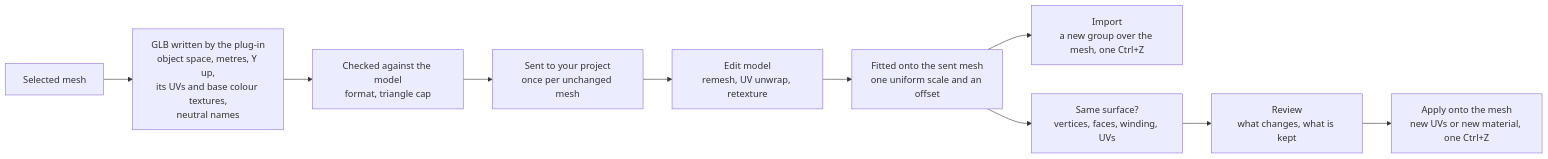
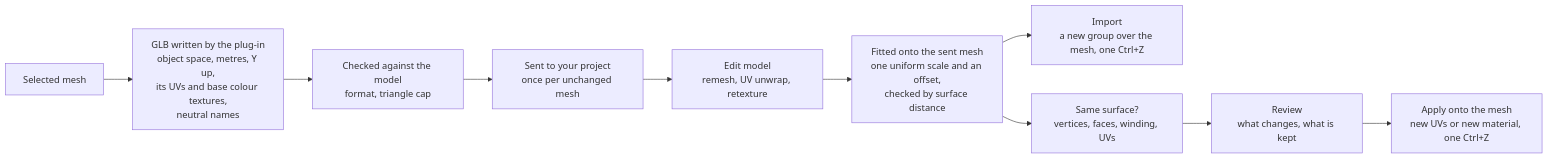
One commit to scenario-labs/maya-plugin changed the first of 3 diagrams in README.md. Above: the diagram before and after it, drawn with Mermaid. The commit also changed other lines of this file and 7 other files, not shown here.

First line of the commit message:
feat(3d): check an imported edit result against the mesh by surface distance

````diff
--- a/README.md
+++ b/README.md
@@ -110,12 +110,12 @@
 ```mermaid
 flowchart LR
     mesh["Selected mesh"] --> glb["GLB written by the plug-in<br/>object space, metres, Y up,<br/>its UVs and base colour textures,<br/>neutral names"]
     glb --> check["Checked against the model<br/>format, triangle cap"]
     check --> send["Sent to your project<br/>once per unchanged mesh"]
     send --> model["Edit model<br/>remesh, UV unwrap, retexture"]
-    model --> fit["Fitted onto the sent mesh<br/>one uniform scale and an offset"]
+    model --> fit["Fitted onto the sent mesh<br/>one uniform scale and an offset,<br/>checked by surface distance"]
     fit --> land["Import<br/>a new group over the mesh, one Ctrl+Z"]
     fit --> proof["Same surface?<br/>vertices, faces, winding, UVs"]
     proof --> review["Review<br/>what changes, what is kept"]
     review --> apply["Apply onto the mesh<br/>new UVs or new material, one Ctrl+Z"]
 ```
````
